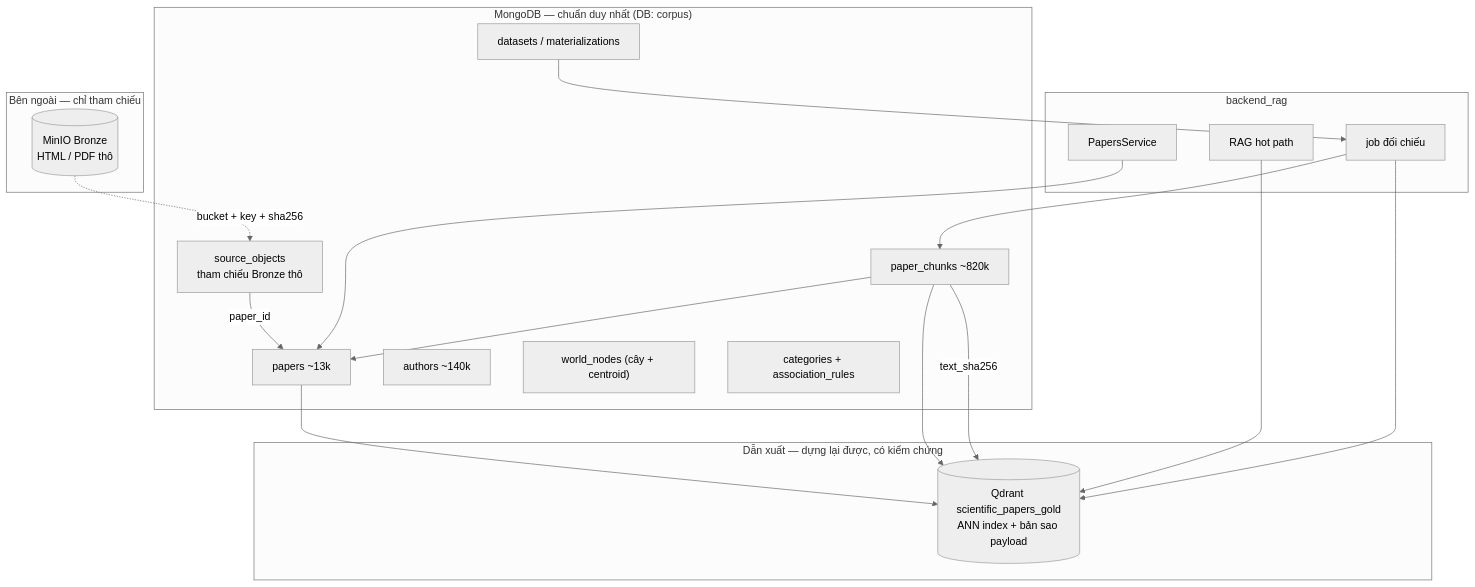
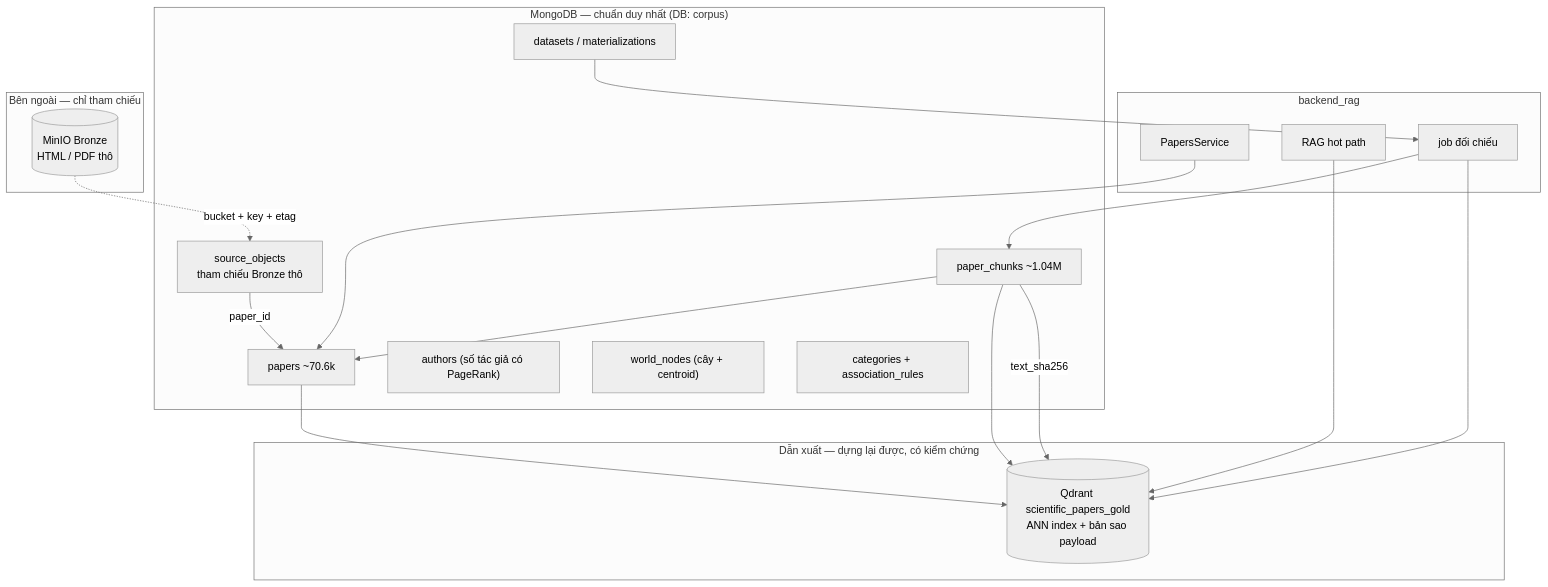
One commit to QuangManhAI/backend_rag changed the second of 3 diagrams in docs/MONGODB_SCHEMA_DESIGN.md. Above: the diagram before and after it, drawn with Mermaid (neutral theme). The commit also changed other lines of this file and 43 other files, not shown here.

````diff
--- a/docs/MONGODB_SCHEMA_DESIGN.md
+++ b/docs/MONGODB_SCHEMA_DESIGN.md
@@ -220,34 +220,34 @@
 ```mermaid
 flowchart TD
     subgraph SoT["MongoDB — chuẩn duy nhất (DB: corpus)"]
-        Papers["papers ~13k"]
-        Chunks["paper_chunks ~820k"]
-        Authors["authors ~140k"]
+        Papers["papers ~70.6k"]
+        Chunks["paper_chunks ~1.04M"]
+        Authors["authors (số tác giả có PageRank)"]
         World["world_nodes (cây + centroid)"]
         Mining["categories + association_rules"]
         Datasets["datasets / materializations"]
         Sources["source_objects\ntham chiếu Bronze thô"]
     end
     subgraph Derived["Dẫn xuất — dựng lại được, có kiểm chứng"]
         Qdrant[("Qdrant scientific_papers_gold\nANN index + bản sao payload")]
     end
     subgraph External["Bên ngoài — chỉ tham chiếu"]
         MinIO[("MinIO Bronze\nHTML / PDF thô")]
     end
     subgraph App["backend_rag"]
         Chat["RAG hot path"]
         PaperSvc["PapersService"]
         Reconcile["job đối chiếu"]
     end
     Papers --> Qdrant
     Chunks --> Qdrant
     Chunks -->|text_sha256| Qdrant
-    MinIO -.->|bucket + key + sha256| Sources
+    MinIO -.->|bucket + key + etag| Sources
     Sources -->|paper_id| Papers
     Chat --> Qdrant
     PaperSvc --> Papers
     Chunks --> Papers
     Reconcile --> Qdrant
     Reconcile --> Chunks
     Datasets --> Reconcile
 ```
````
